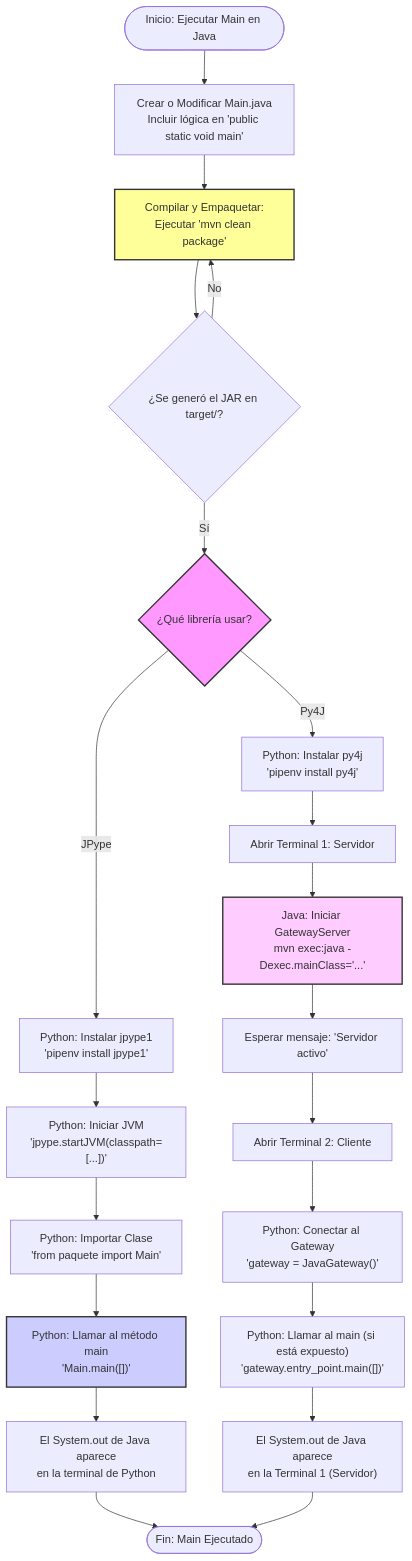
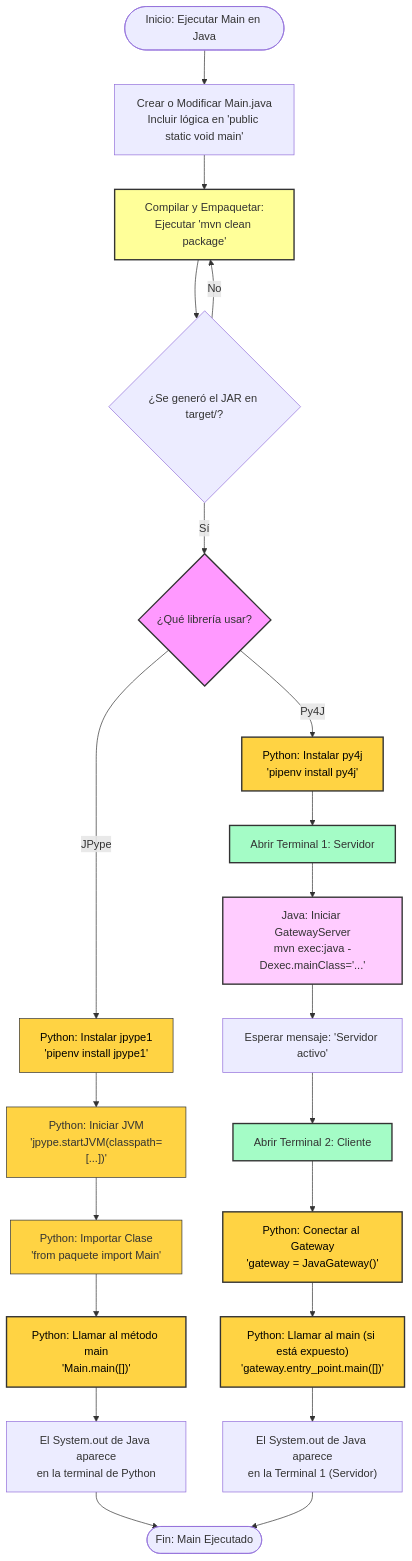
Before and after one commit to EricLuceroGonzalez/java-en-python: the fourth of 4 diagrams in README.md, drawn with Mermaid. The commit also changed other lines of this file, not shown here.

Commit message:
Update README to clarify Python virtual machine terminology and enhance integration instructions for JPype and Py4J

````diff
--- a/README.md
+++ b/README.md
@@ -345,40 +352,48 @@
 ```mermaid
     flowchart TD
     %% Nodos de Inicio y Preparación Común (Java)
     Start([Inicio: Ejecutar Main en Java]) --> JavaSetup["Crear o Modificar Main.java<br/>Incluir lógica en 'public static void main'"]
     JavaSetup --> MavenBuild["Compilar y Empaquetar:<br/>Ejecutar 'mvn clean package'"]
     MavenBuild --> JarVerify{¿Se generó el JAR en target/?}
     JarVerify -- No --> MavenBuild
     JarVerify -- Sí --> ChooseLib
 
     %% Bifurcación de Decisión
     ChooseLib{¿Qué librería usar?}
 
     %% === Rama JPype ===
     ChooseLib -- JPype --> JPypeSetup["Python: Instalar jpype1<br/>'pipenv install jpype1'"]
     JPypeSetup --> JPypeStart["Python: Iniciar JVM<br/>'jpype.startJVM(classpath=[...])'"]
     JPypeStart --> JPypeImport["Python: Importar Clase<br/>'from paquete import Main'"]
     JPypeImport --> JPypeExec["Python: Llamar al método main<br/>'Main.main([])'"]
     JPypeExec --> JPypeStdout["El System.out de Java aparece<br/>en la terminal de Python"]
     JPypeStdout --> End
 
     %% === Rama Py4J ===
     ChooseLib -- Py4J --> Py4JSetup["Python: Instalar py4j<br/>'pipenv install py4j'"]
     Py4JSetup --> Terminal1[Abrir Terminal 1: Servidor]
     Terminal1 --> Py4JServerStart["Java: Iniciar GatewayServer<br/>mvn exec:java -Dexec.mainClass='...'"]
     Py4JServerStart --> Py4JWait["Esperar mensaje: 'Servidor activo'"]
     Py4JWait --> Terminal2[Abrir Terminal 2: Cliente]
     Terminal2 --> Py4JClientConnect["Python: Conectar al Gateway<br/>'gateway = JavaGateway()'"]
     Py4JClientConnect --> Py4JExec["Python: Llamar al main (si está expuesto)<br/>'gateway.entry_point.main([])'"]
     Py4JExec --> Py4JStdout["El System.out de Java aparece<br/>en la Terminal 1 (Servidor)"]
     Py4JStdout --> End
 
     %% Nodos de Fin
     End([Fin: Main Ejecutado])
 
     %% Estilos
+    style Terminal1 fill:#a4fcc6,stroke:#333,stroke-width:2px
+    style Terminal2 fill:#a4fcc6,stroke:#333,stroke-width:2px
     style ChooseLib fill:#f9f,stroke:#333,stroke-width:2px
     style MavenBuild fill:#ff9,stroke:#333,stroke-width:2px
-    style JPypeExec fill:#ccf,stroke:#333,stroke-width:2px
+    style JPypeSetup fill:#ffd343,stroke:#333,color:#000
+    style JPypeStart fill:#ffd343,stroke:#333,color:#00
+    style JPypeImport fill:#ffd343,stroke:#333,color:#00
+    style JPypeExec fill:#ffd343,stroke:#333,color:#000,stroke-width:2px
+    style Py4JSetup fill:#ffd343,stroke:#333,color:#000,stroke-width:2px
+    style Py4JClientConnect fill:#ffd343,stroke:#333,color:#000,stroke-width:2px
+    style Py4JExec fill:#ffd343,stroke:#333,color:#000,stroke-width:2px
     style Py4JServerStart fill:#fcf,stroke:#333,stroke-width:2px
 ```
````
